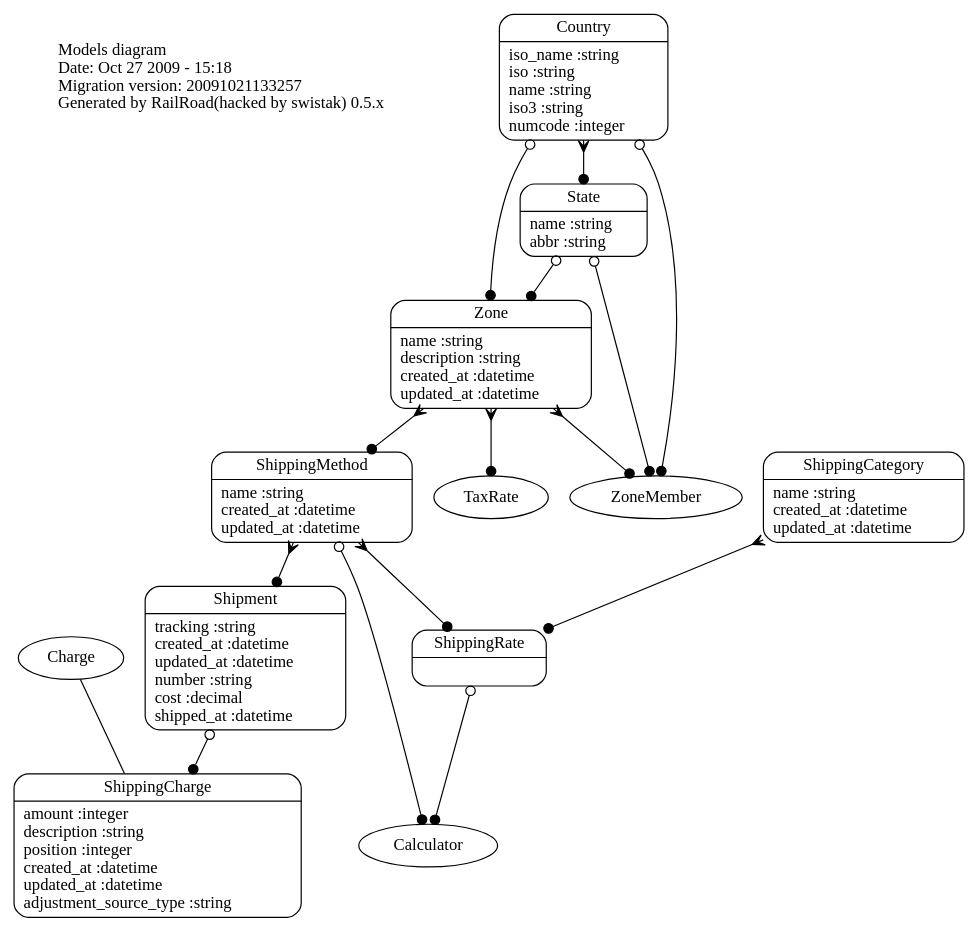
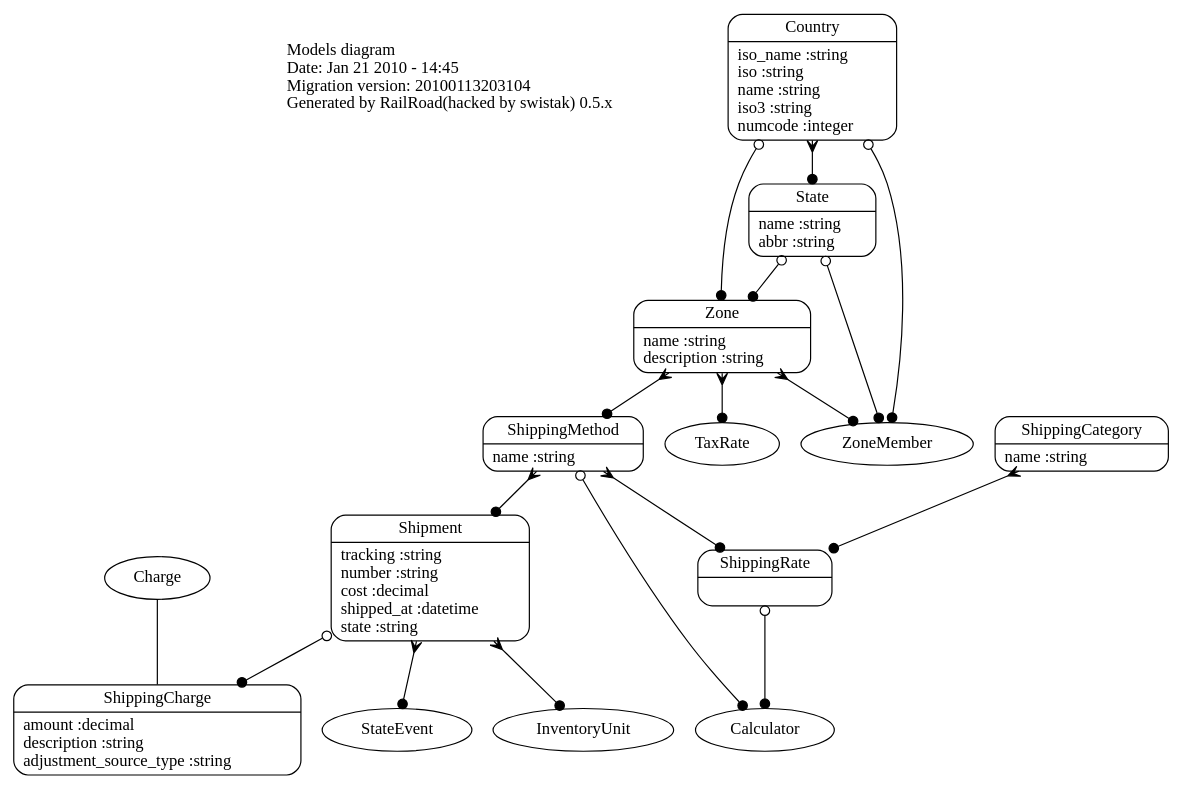
Before and after one commit to railsdog/spree-guides: the diagram in files/diagrams/dot/shipping.dot, drawn with Graphviz. The commit also changed 16 other files, not shown here.

```diff
--- a/files/diagrams/dot/shipping.dot
+++ b/files/diagrams/dot/shipping.dot
@@ -1,27 +1,29 @@
 digraph models_diagram {
 	graph[overlap=false, splines=true]
-	_diagram_info [shape="plaintext", label="Models diagram\lDate: Oct 27 2009 - 15:18\lMigration version: 20091021133257\lGenerated by RailRoad(hacked by swistak) 0.5.x\l", fontsize=14]
+	_diagram_info [shape="plaintext", label="Models diagram\lDate: Jan 21 2010 - 14:45\lMigration version: 20100113203104\lGenerated by RailRoad(hacked by swistak) 0.5.x\l", fontsize=14]
 	"ShippingRate" [shape=Mrecord, label="{ShippingRate|\l}"]
-	"ShippingCategory" [shape=Mrecord, label="{ShippingCategory|name :string\lcreated_at :datetime\lupdated_at :datetime\l}"]
-	"ShippingMethod" [shape=Mrecord, label="{ShippingMethod|name :string\lcreated_at :datetime\lupdated_at :datetime\l}"]
-	"ShippingCharge" [shape=Mrecord, label="{ShippingCharge|amount :integer\ldescription :string\lposition :integer\lcreated_at :datetime\lupdated_at :datetime\ladjustment_source_type :string\l}"]
-	"Shipment" [shape=Mrecord, label="{Shipment|tracking :string\lcreated_at :datetime\lupdated_at :datetime\lnumber :string\lcost :decimal\lshipped_at :datetime\l}"]
-	"Zone" [shape=Mrecord, label="{Zone|name :string\ldescription :string\lcreated_at :datetime\lupdated_at :datetime\l}"]
+	"ShippingCategory" [shape=Mrecord, label="{ShippingCategory|name :string\l}"]
+	"ShippingMethod" [shape=Mrecord, label="{ShippingMethod|name :string\l}"]
+	"ShippingCharge" [shape=Mrecord, label="{ShippingCharge|amount :decimal\ldescription :string\ladjustment_source_type :string\l}"]
+	"Shipment" [shape=Mrecord, label="{Shipment|tracking :string\lnumber :string\lcost :decimal\lshipped_at :datetime\lstate :string\l}"]
+	"Zone" [shape=Mrecord, label="{Zone|name :string\ldescription :string\l}"]
 	"Country" [shape=Mrecord, label="{Country|iso_name :string\liso :string\lname :string\liso3 :string\lnumcode :integer\l}"]
 	"State" [shape=Mrecord, label="{State|name :string\labbr :string\l}"]
 	"ShippingRate" -> "Calculator" [arrowtail=odot, arrowhead=dot, dir=both]
 	"ShippingCategory" -> "ShippingRate" [arrowtail=crow, arrowhead=dot, dir=both]
+	"ShippingMethod" -> "Calculator" [arrowtail=odot, arrowhead=dot, dir=both]
+	"ShippingMethod" -> "Shipment" [arrowtail=crow, arrowhead=dot, dir=both]
 	"ShippingMethod" -> "ShippingRate" [arrowtail=crow, arrowhead=dot, dir=both]
-	"ShippingMethod" -> "Shipment" [arrowtail=crow, arrowhead=dot, dir=both]
-	"ShippingMethod" -> "Calculator" [arrowtail=odot, arrowhead=dot, dir=both]
 	"Charge" -> "ShippingCharge" [label="", arrowhead="none", arrowtail="onormal"]
+	"Shipment" -> "InventoryUnit" [arrowtail=crow, arrowhead=dot, dir=both]
+	"Shipment" -> "StateEvent" [arrowtail=crow, arrowhead=dot, dir=both]
 	"Shipment" -> "ShippingCharge" [arrowtail=odot, arrowhead=dot, dir=both]
 	"Zone" -> "ShippingMethod" [arrowtail=crow, arrowhead=dot, dir=both]
+	"Zone" -> "ZoneMember" [arrowtail=crow, arrowhead=dot, dir=both]
 	"Zone" -> "TaxRate" [arrowtail=crow, arrowhead=dot, dir=both]
-	"Zone" -> "ZoneMember" [arrowtail=crow, arrowhead=dot, dir=both]
+	"Country" -> "State" [arrowtail=crow, arrowhead=dot, dir=both]
+	"Country" -> "ZoneMember" [arrowtail=odot, arrowhead=dot, dir=both]
 	"Country" -> "Zone" [arrowtail=odot, arrowhead=dot, dir=both]
-	"Country" -> "ZoneMember" [arrowtail=odot, arrowhead=dot, dir=both]
-	"Country" -> "State" [arrowtail=crow, arrowhead=dot, dir=both]
+	"State" -> "ZoneMember" [arrowtail=odot, arrowhead=dot, dir=both]
 	"State" -> "Zone" [arrowtail=odot, arrowhead=dot, dir=both]
-	"State" -> "ZoneMember" [arrowtail=odot, arrowhead=dot, dir=both]
 }
```
